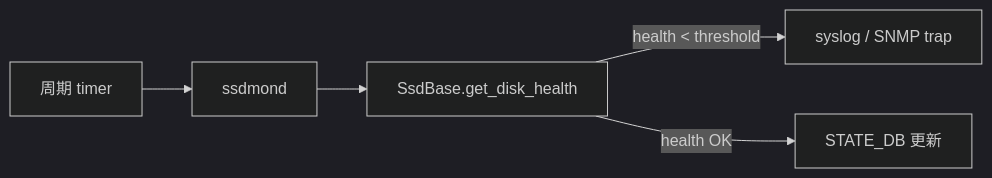
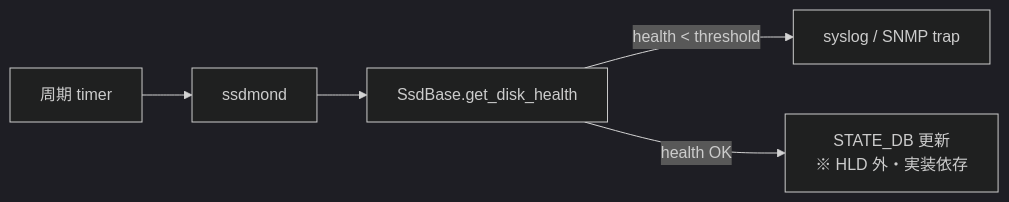
The diagram in docs/architecture/ssdhealth-design-internals.md (aoki-taquan/sonic-unofficial-docs), drawn with Mermaid (dark theme) before and after one commit. The commit also changed 20 other files, not shown here.

````diff
--- a/docs/architecture/ssdhealth-design-internals.md
+++ b/docs/architecture/ssdhealth-design-internals.md
@@ -81,7 +81,7 @@
 ```mermaid
 flowchart LR
     TIMER[周期 timer] --> SSDMOND[ssdmond]
     SSDMOND --> SB[SsdBase.get_disk_health]
     SB -->|health < threshold| ALERT[syslog / SNMP trap]
-    SB -->|health OK| OK[STATE_DB 更新]
+    SB -->|health OK| OK[STATE_DB 更新<br/>※ HLD 外・実装依存]
 ```
````
